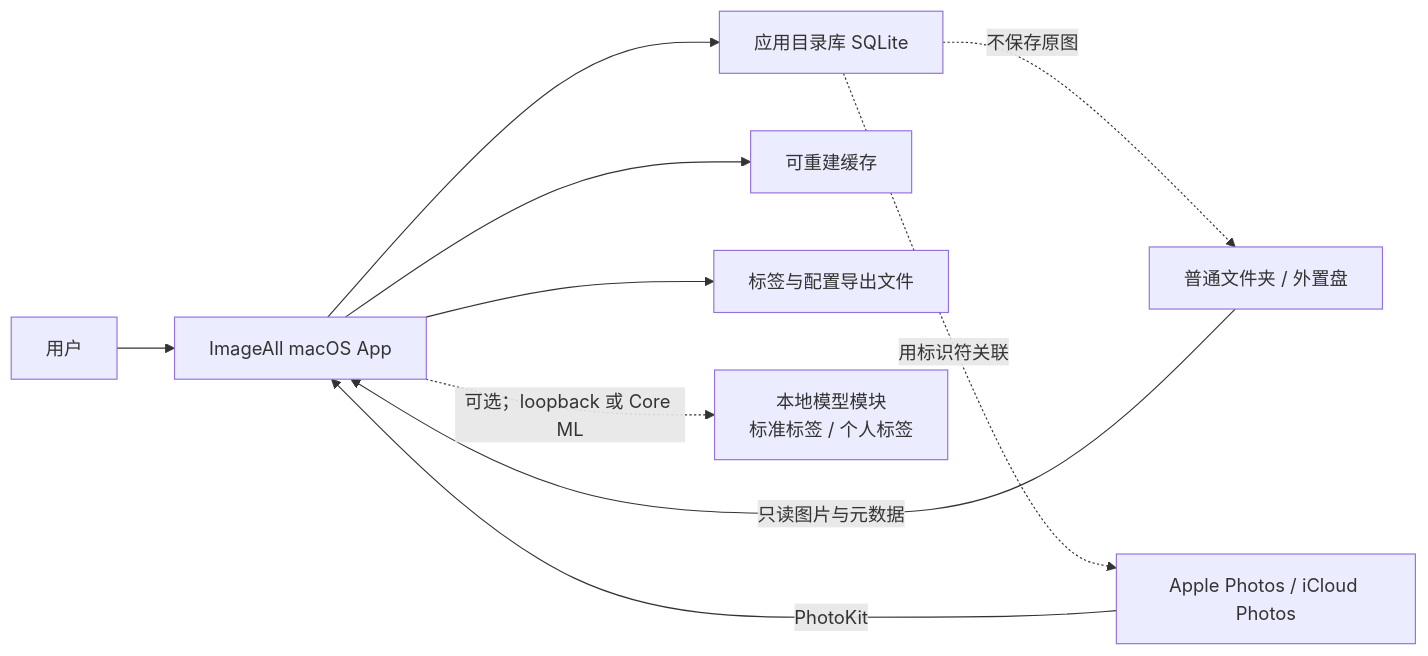
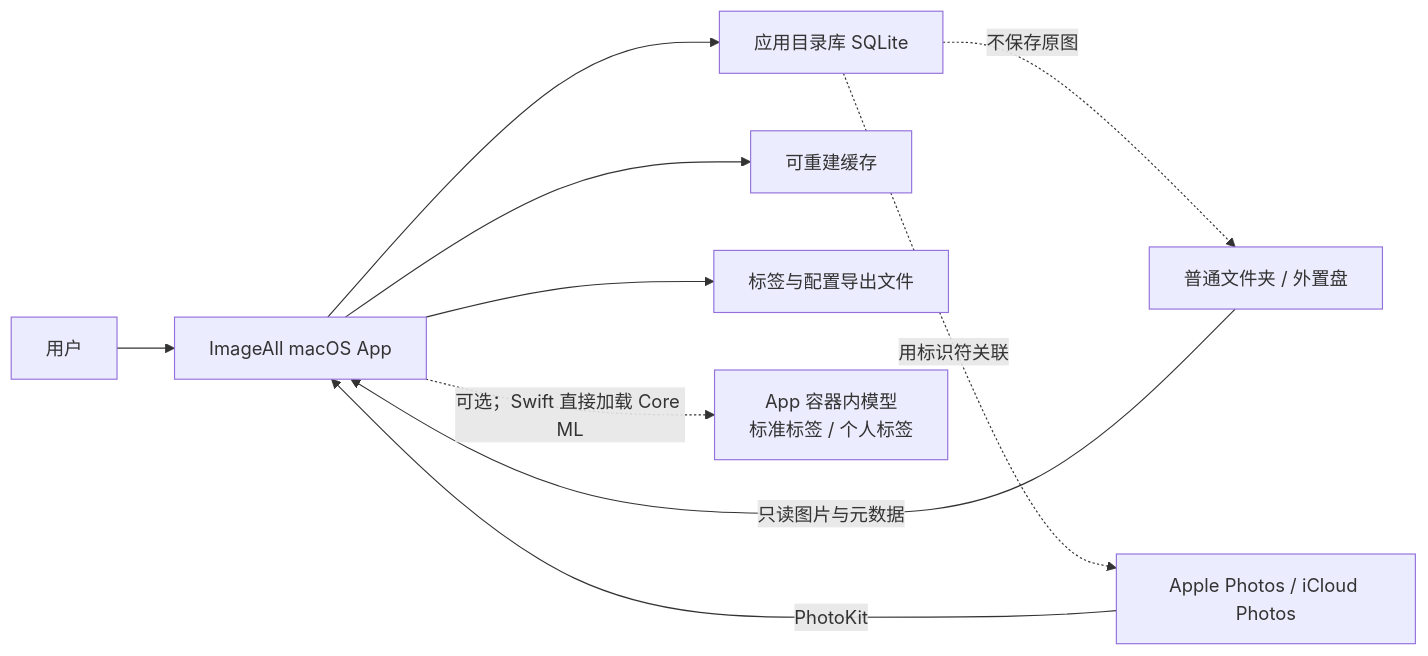
The first of 3 diagrams in docs/ARCHITECTURE.md (lgw2023/ImageAll), drawn with Mermaid before and after one commit. The commit also changed other lines of this file and 13 other files, not shown here.

````diff
--- a/docs/ARCHITECTURE.md
+++ b/docs/ARCHITECTURE.md
@@ -109,13 +111,13 @@
 ```mermaid
 flowchart LR
     User["用户"] --> App["ImageAll macOS App"]
     Folders["普通文件夹 / 外置盘"] -->|"只读图片与元数据"| App
     Photos["Apple Photos / iCloud Photos"] -->|"PhotoKit"| App
     App --> Catalog["应用目录库 SQLite"]
     App --> Cache["可重建缓存"]
     App --> Export["标签与配置导出文件"]
-    App -. "可选；loopback 或 Core ML" .-> Models["本地模型模块\n标准标签 / 个人标签"]
+    App -. "可选；Swift 直接加载 Core ML" .-> Models["App 容器内模型\n标准标签 / 个人标签"]
 
     Catalog -. "不保存原图" .-> Folders
     Catalog -. "用标识符关联" .-> Photos
 ```
````
